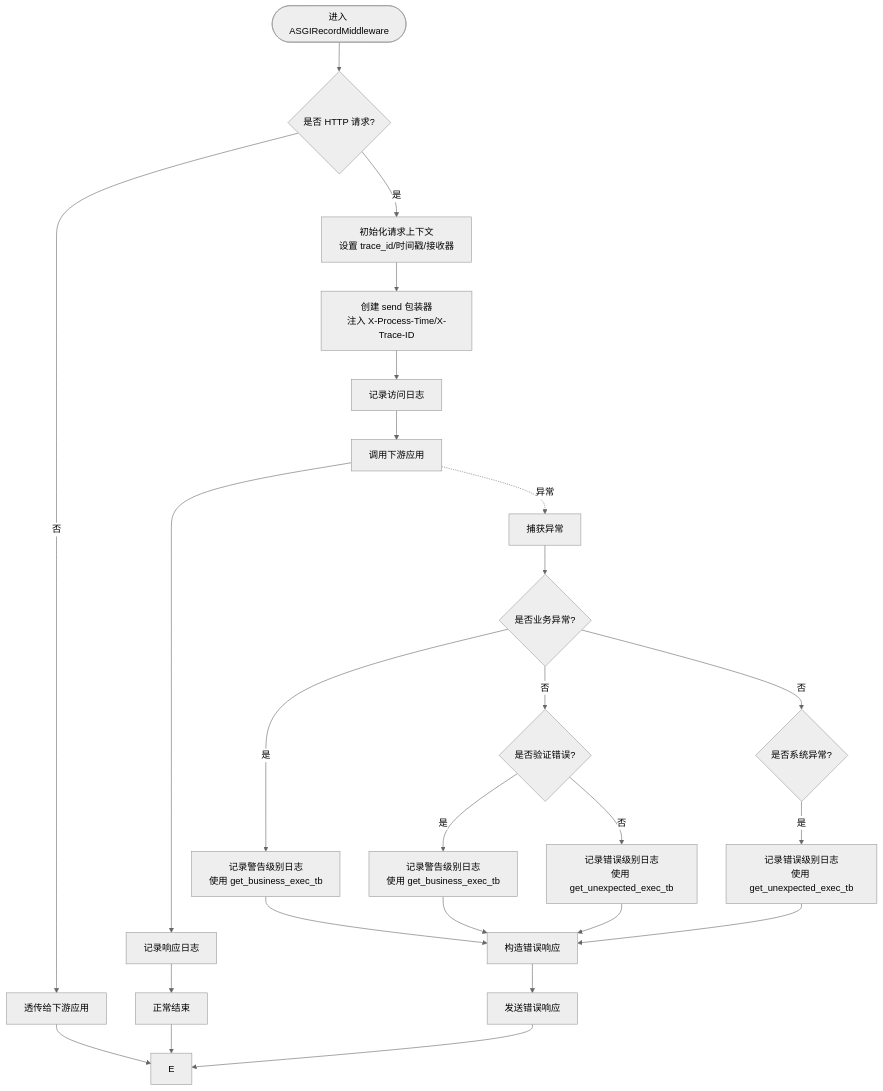
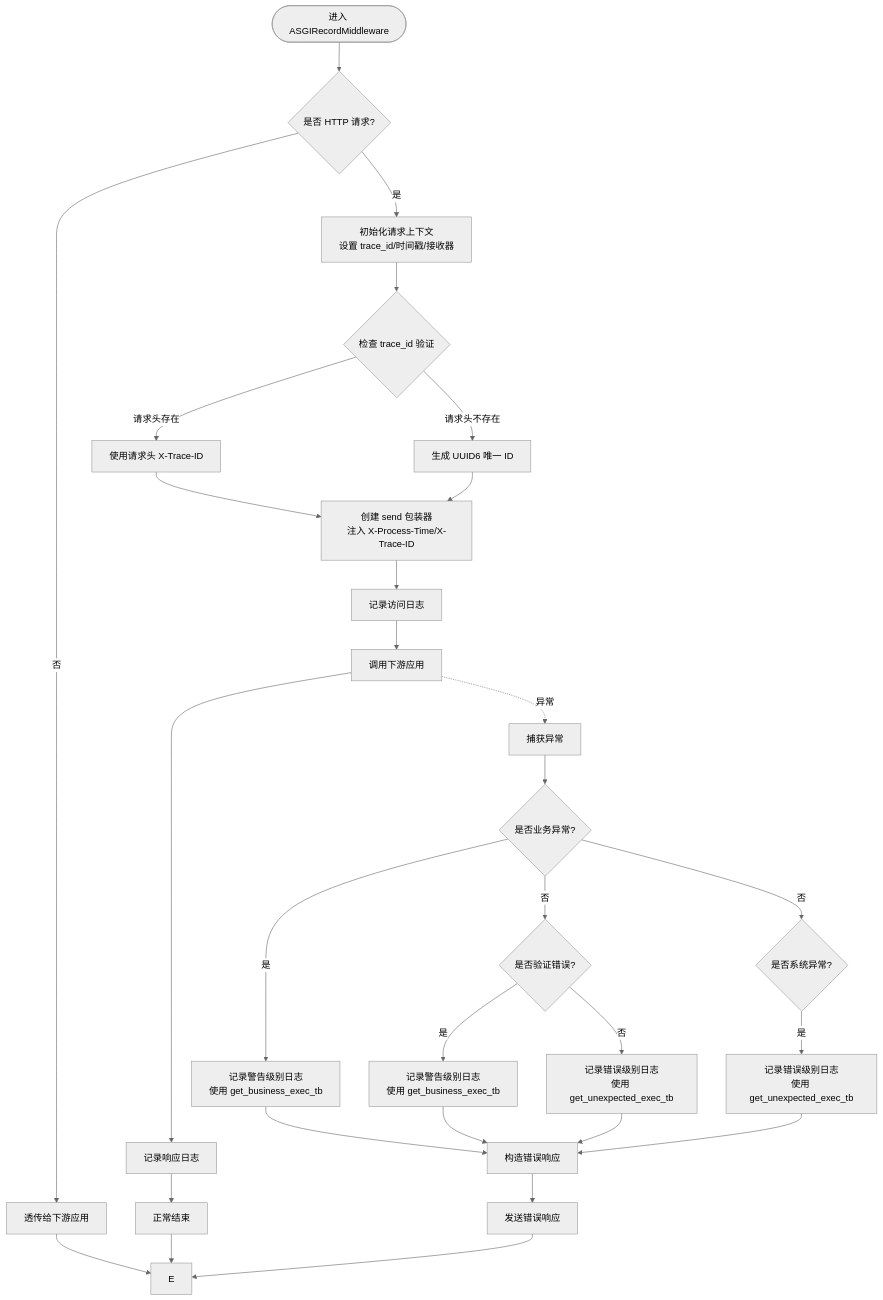
The fourth of 5 diagrams in .qoder/repowiki/zh/content/中间件系统.md (lilinzezzzzzz/fastapi-backend), drawn with Mermaid (neutral theme) before and after one commit. The commit also changed other lines of this file and 42 other files, not shown here.

````diff
--- a/.qoder/repowiki/zh/content/中间件系统.md
+++ b/.qoder/repowiki/zh/content/中间件系统.md
@@ -190,26 +197,30 @@
 ```mermaid
 flowchart TD
 S(["进入 ASGIRecordMiddleware"]) --> CheckType2{"是否 HTTP 请求?"}
 CheckType2 --> |否| Pass2["透传给下游应用"] --> E
 CheckType2 --> |是| InitReq["初始化请求上下文<br/>设置 trace_id/时间戳/接收器"]
-InitReq --> WrapSend["创建 send 包装器<br/>注入 X-Process-Time/X-Trace-ID"]
+InitReq --> TraceIdCheck{"检查 trace_id 验证"}
+TraceIdCheck --> |请求头存在| UseHeaderTrace["使用请求头 X-Trace-ID"]
+TraceIdCheck --> |请求头不存在| GenUUID["生成 UUID6 唯一 ID"]
+UseHeaderTrace --> WrapSend["创建 send 包装器<br/>注入 X-Process-Time/X-Trace-ID"]
+GenUUID --> WrapSend
 WrapSend --> AccessLog["记录访问日志"]
 AccessLog --> CallApp["调用下游应用"]
 CallApp --> RespLog["记录响应日志"]
 RespLog --> TryEnd["正常结束"]
 TryEnd --> E
 CallApp -. 异常 .-> Catch["捕获异常"]
 Catch --> IsBiz{"是否业务异常?"}
 IsBiz --> |是| Warn["记录警告级别日志<br/>使用 get_business_exec_tb"]
 IsBiz --> |否| IsVal{"是否验证错误?"}
 IsBiz --> |否| IsSys{"是否系统异常?"}
 IsVal --> |是| Warn2["记录警告级别日志<br/>使用 get_business_exec_tb"]
 IsVal --> |否| Err["记录错误级别日志<br/>使用 get_unexpected_exec_tb"]
 IsSys --> |是| Err2["记录错误级别日志<br/>使用 get_unexpected_exec_tb"]
 Warn --> BuildErr["构造错误响应"]
 Warn2 --> BuildErr
 Err --> BuildErr
 Err2 --> BuildErr
 BuildErr --> SendErr["发送错误响应"]
 SendErr --> E
 ```
````
